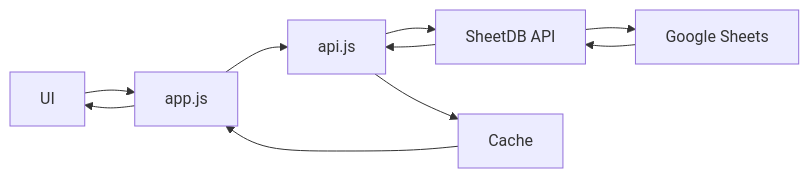
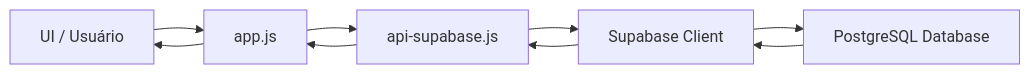
One commit to VanderleyNascimento/Loggi-Stock changed the diagram in README.md. Above: the diagram before and after it, drawn with Mermaid. The commit also changed other lines of this file, not shown here.

Commit message:
docs: Update README.md to Portuguese (Brazil) and reflect Supabase migration

````diff
--- a/README.md
+++ b/README.md
@@ -243,12 +231,11 @@
 ```mermaid
 graph LR
-    A[UI] --> B[app.js]
-    B --> C[api.js]
-    C --> D[SheetDB API]
-    D --> E[Google Sheets]
+    A[UI / Usuário] --> B[app.js]
+    B --> C[api-supabase.js]
+    C --> D[Supabase Client]
+    D --> E[PostgreSQL Database]
     E --> D
     D --> C
-    C --> F[Cache]
-    F --> B
+    C --> B
     B --> A
 ```
````
